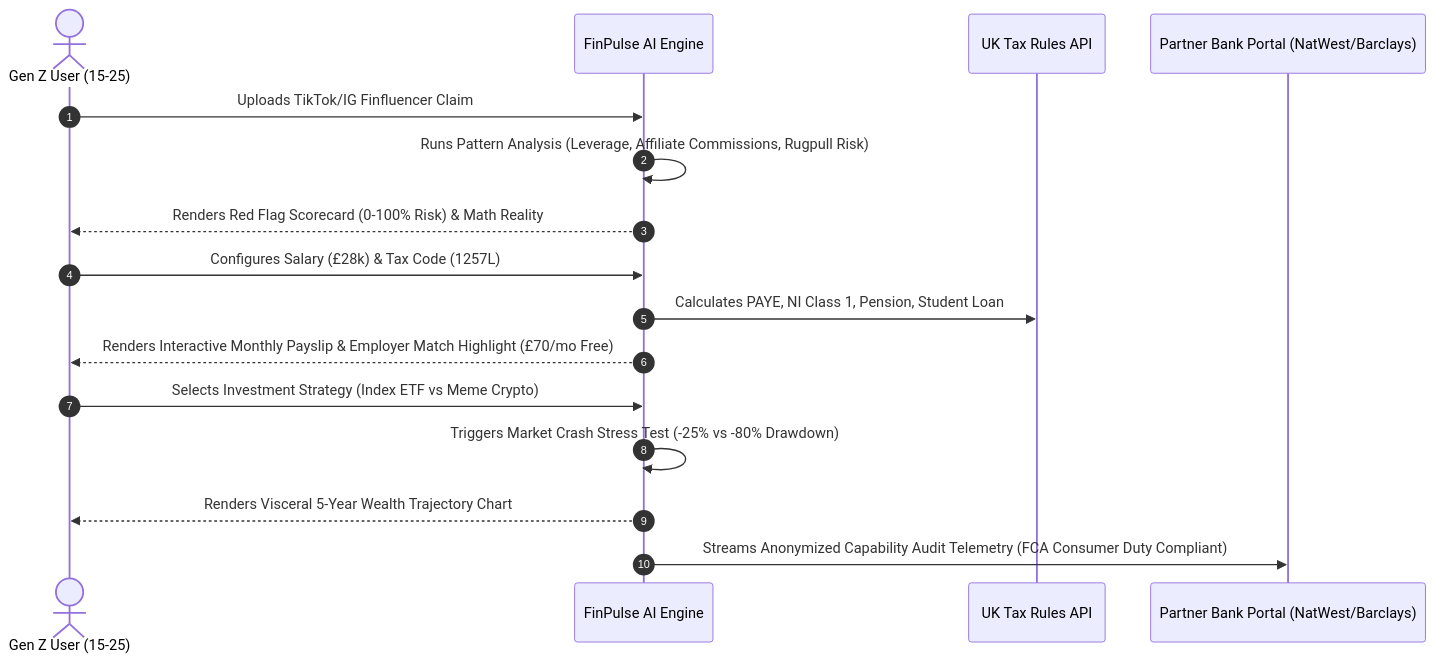
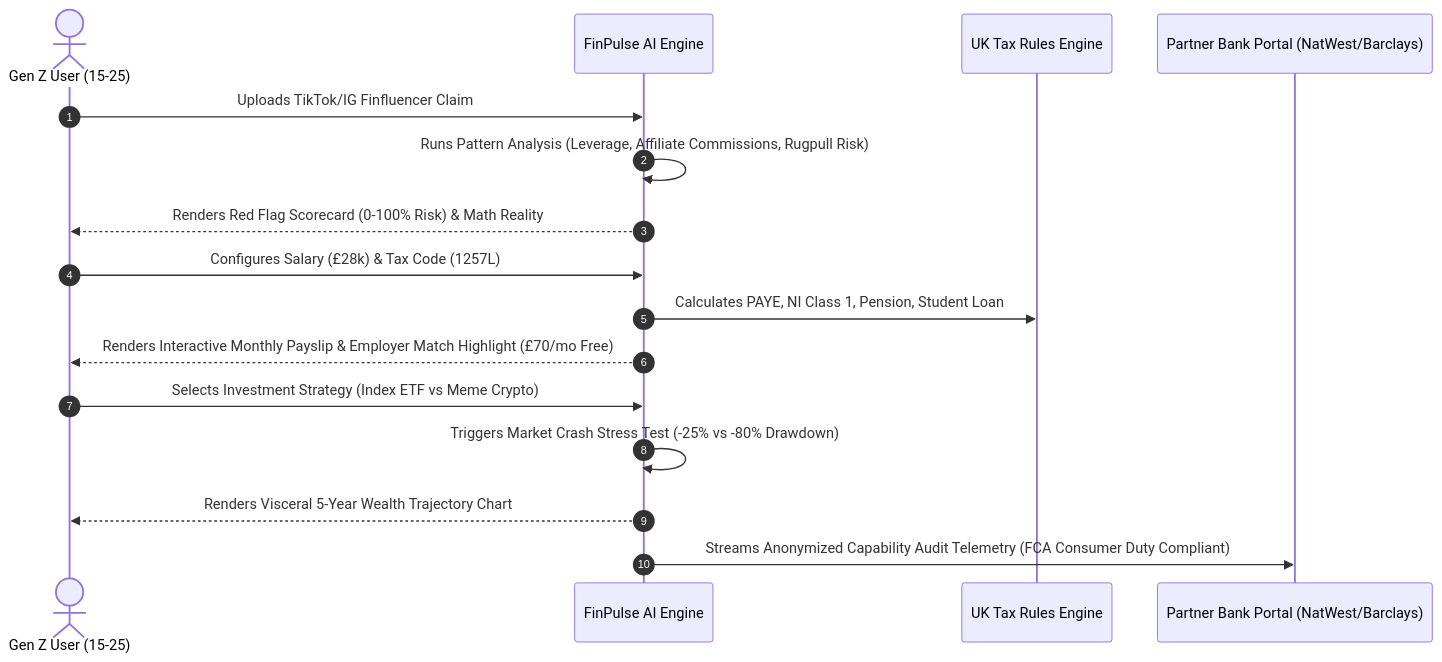
The second of 3 diagrams in README.md (ShieldTech-Ltd/finpulse-ai), drawn with Mermaid before and after one commit. The commit also changed other lines of this file, not shown here.

Commit message:
fix(docs): resolve Mermaid diagram syntax formatting for GitHub Markdown parser

````diff
--- a/README.md
+++ b/README.md
@@ -85,22 +79,22 @@
 ```mermaid
 sequenceDiagram
     autonumber
     actor GenZUser as Gen Z User (15-25)
     participant Platform as FinPulse AI Engine
-    participant HMRC as UK Tax Rules API
+    participant HMRC as UK Tax Rules Engine
     participant Bank as Partner Bank Portal (NatWest/Barclays)
 
     GenZUser->>Platform: Uploads TikTok/IG Finfluencer Claim
     Platform->>Platform: Runs Pattern Analysis (Leverage, Affiliate Commissions, Rugpull Risk)
     Platform-->>GenZUser: Renders Red Flag Scorecard (0-100% Risk) & Math Reality
 
     GenZUser->>Platform: Configures Salary (£28k) & Tax Code (1257L)
     Platform->>HMRC: Calculates PAYE, NI Class 1, Pension, Student Loan
     Platform-->>GenZUser: Renders Interactive Monthly Payslip & Employer Match Highlight (£70/mo Free)
 
     GenZUser->>Platform: Selects Investment Strategy (Index ETF vs Meme Crypto)
     Platform->>Platform: Triggers Market Crash Stress Test (-25% vs -80% Drawdown)
     Platform-->>GenZUser: Renders Visceral 5-Year Wealth Trajectory Chart
 
     Platform->>Bank: Streams Anonymized Capability Audit Telemetry (FCA Consumer Duty Compliant)
 ```
````
